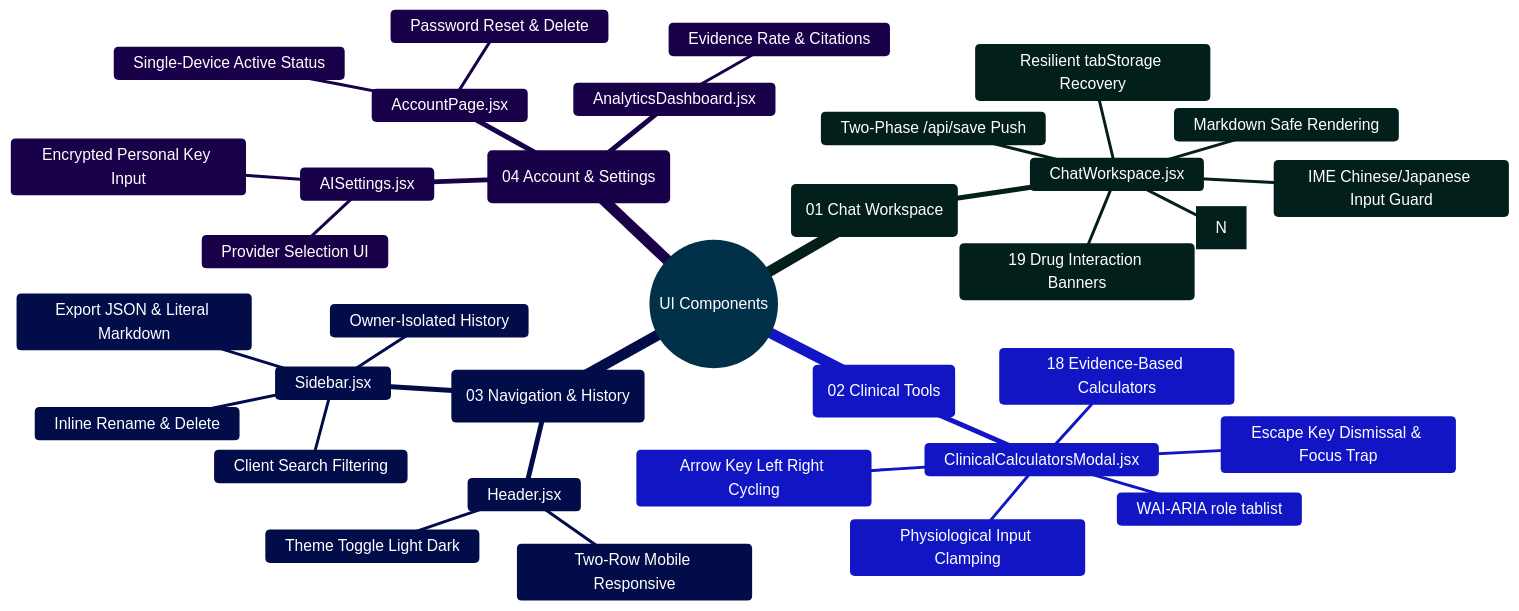
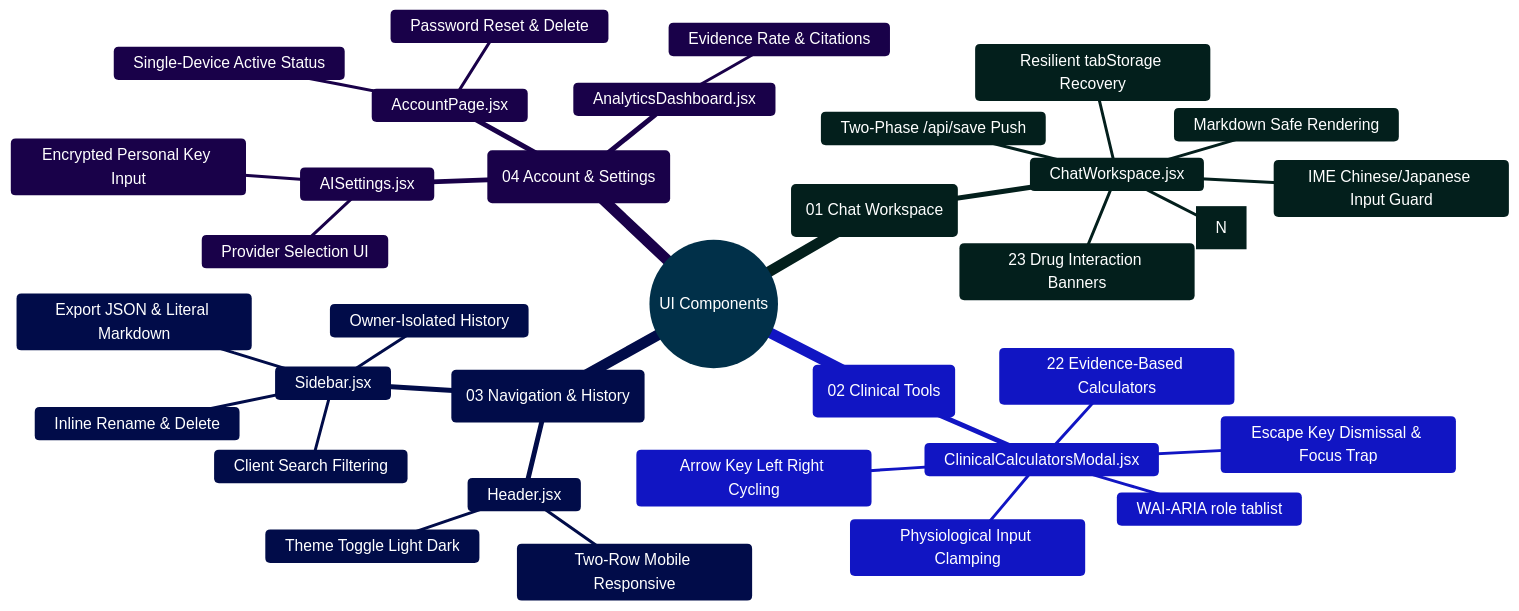
One commit to Ganesh172919/React-App-LLM changed the diagram in frontend/src/components/README.md. Above: the diagram before and after it, drawn with Mermaid. The commit also changed other lines of this file and 39 other files, not shown here.

````diff
--- a/frontend/src/components/README.md
+++ b/frontend/src/components/README.md
@@ -47,39 +47,39 @@
 ```mermaid
 %%{init: {'theme': 'base', 'themeVariables': { 'primaryColor': '#0284c7', 'primaryTextColor': '#ffffff', 'primaryBorderColor': '#0369a1', 'lineColor': '#0284c7', 'secondaryColor': '#0d9488', 'tertiaryColor': '#6366f1' }}}%%
 mindmap
   root((UI Components))
     ::icon(fa fa-desktop)
     (01 Chat Workspace)
       ChatWorkspace.jsx
         Markdown Safe Rendering
         Citation Source Links [N]
         Two-Phase /api/save Push
-        19 Drug Interaction Banners
+        23 Drug Interaction Banners
         IME Chinese/Japanese Input Guard
         Resilient tabStorage Recovery
     (02 Clinical Tools)
       ClinicalCalculatorsModal.jsx
-        18 Evidence-Based Calculators
+        22 Evidence-Based Calculators
         WAI-ARIA role tablist
         Arrow Key Left Right Cycling
         Escape Key Dismissal & Focus Trap
         Physiological Input Clamping
     (03 Navigation & History)
       Sidebar.jsx
         Owner-Isolated History
         Inline Rename & Delete
         Client Search Filtering
         Export JSON & Literal Markdown
       Header.jsx
         Two-Row Mobile Responsive
         Theme Toggle Light Dark
     (04 Account & Settings)
       AISettings.jsx
         Provider Selection UI
         Encrypted Personal Key Input
       AccountPage.jsx
         Single-Device Active Status
         Password Reset & Delete
       AnalyticsDashboard.jsx
         Evidence Rate & Citations
 ```
````
